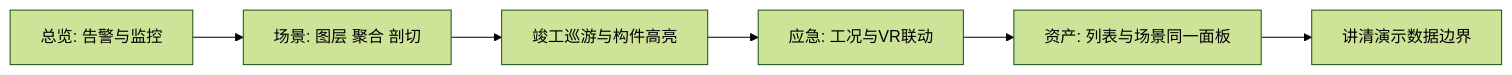
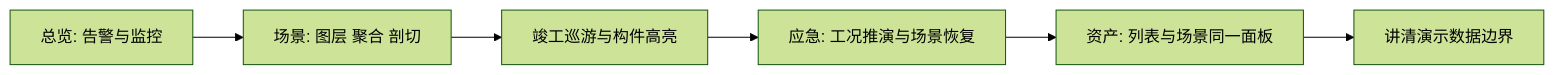
One commit to WangYing156/lianghu-yunwei changed the second of 3 diagrams in docs/交付/02-产品思维导图.md. Above: the diagram before and after it, drawn with Mermaid (forest theme). The commit also changed other lines of this file and 22 other files, not shown here.

````diff
--- a/docs/交付/02-产品思维导图.md
+++ b/docs/交付/02-产品思维导图.md
@@ -68,8 +68,8 @@
 ```mermaid
 flowchart LR
   A[总览: 告警与监控] --> B[场景: 图层 聚合 剖切]
   B --> C[竣工巡游与构件高亮]
-  C --> D[应急: 工况与VR联动]
+  C --> D[应急: 工况推演与场景恢复]
   D --> E[资产: 列表与场景同一面板]
   E --> F[讲清演示数据边界]
 ```
````
